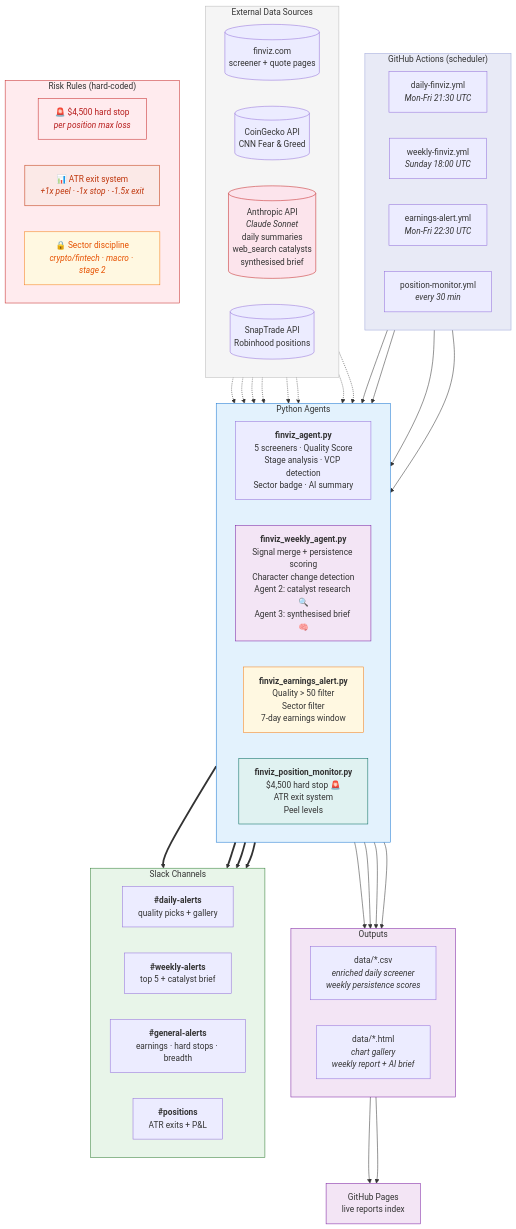
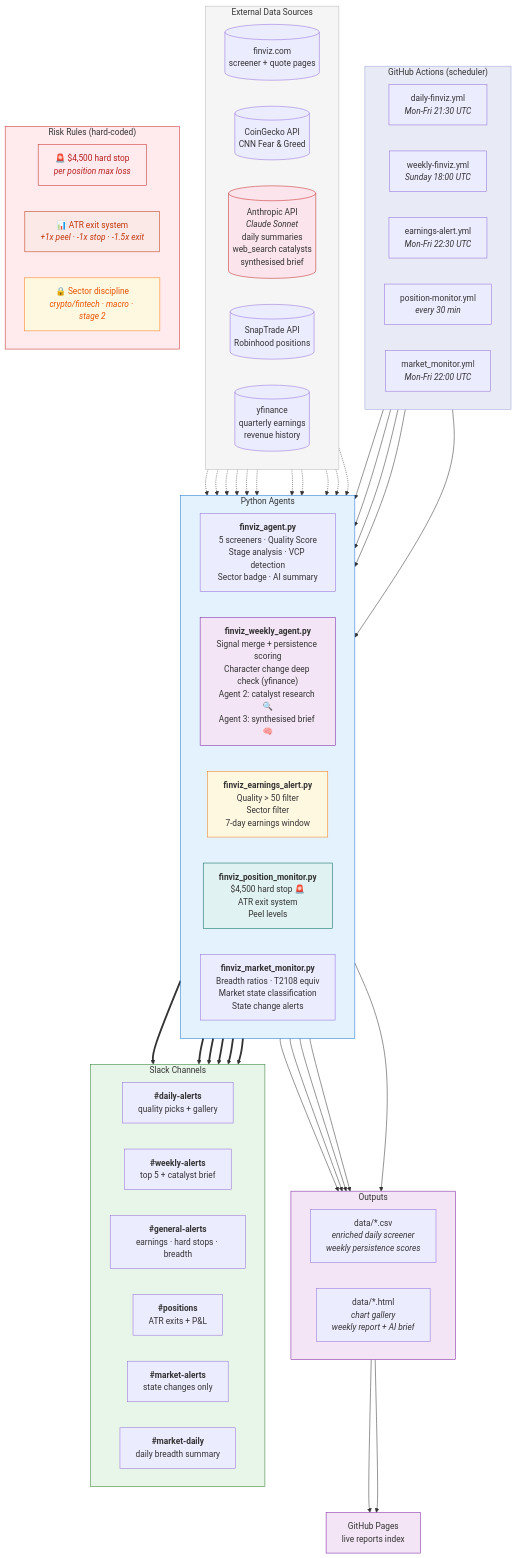
The diagram in SYSTEM_DOCS.md (AnanthSrinivasan/finviz-screener-agent), drawn with Mermaid before and after one commit. The commit also changed other lines of this file and 4 other files, not shown here.

First line of the commit message:
feat: character change deep check (yfinance) + market monitor docs update

```diff
--- a/SYSTEM_DOCS.md
+++ b/SYSTEM_DOCS.md
@@ -34,20 +34,23 @@
         W2["weekly-finviz.yml<br/><i>Sunday 18:00 UTC</i>"]
         W3["earnings-alert.yml<br/><i>Mon-Fri 22:30 UTC</i>"]
         W4["position-monitor.yml<br/><i>every 30 min</i>"]
+        W5["market_monitor.yml<br/><i>Mon-Fri 22:00 UTC</i>"]
     end
 
     subgraph AGENTS["Python Agents"]
         direction LR
         A1["<b>finviz_agent.py</b><br/>5 screeners · Quality Score<br/>Stage analysis · VCP detection<br/>Sector badge · AI summary"]
-        A2["<b>finviz_weekly_agent.py</b><br/>Signal merge + persistence scoring<br/>Character change detection<br/>Agent 2: catalyst research 🔍<br/>Agent 3: synthesised brief 🧠"]
+        A2["<b>finviz_weekly_agent.py</b><br/>Signal merge + persistence scoring<br/>Character change deep check (yfinance)<br/>Agent 2: catalyst research 🔍<br/>Agent 3: synthesised brief 🧠"]
         A3["<b>finviz_earnings_alert.py</b><br/>Quality &gt; 50 filter<br/>Sector filter<br/>7-day earnings window"]
         A4["<b>finviz_position_monitor.py</b><br/>$4,500 hard stop 🚨<br/>ATR exit system<br/>Peel levels"]
+        A5["<b>finviz_market_monitor.py</b><br/>Breadth ratios · T2108 equiv<br/>Market state classification<br/>State change alerts"]
     end
 
     W1 --> A1
     W2 --> A2
     W3 --> A3
     W4 --> A4
+    W5 --> A5
 
     subgraph EXT["External Data Sources"]
         direction LR
@@ -55,16 +58,20 @@
         E2[("CoinGecko API<br/>CNN Fear &amp; Greed")]
         E3[("Anthropic API<br/><i>Claude Sonnet</i><br/>daily summaries<br/>web_search catalysts<br/>synthesised brief")]
         E4[("SnapTrade API<br/>Robinhood positions")]
+        E5[("yfinance<br/>quarterly earnings<br/>revenue history")]
     end
 
     E1 -.-> A1
     E1 -.-> A2
     E1 -.-> A3
+    E1 -.-> A5
     E2 -.-> A2
+    E2 -.-> A5
     E3 -.-> A1
     E3 -.-> A2
     E3 -.-> A4
     E4 -.-> A4
+    E5 -.-> A2
 
     subgraph OUT["Outputs"]
         direction LR
@@ -76,6 +83,7 @@
     A1 --> O2
     A2 --> O1
     A2 --> O2
+    A5 --> O1
 
     O1 --> GP["GitHub Pages<br/>live reports index"]
     O2 --> GP
@@ -86,12 +94,16 @@
         S2["<b>#weekly-alerts</b><br/>top 5 + catalyst brief"]
         S3["<b>#general-alerts</b><br/>earnings · hard stops · breadth"]
         S4["<b>#positions</b><br/>ATR exits + P&amp;L"]
+        S5["<b>#market-alerts</b><br/>state changes only"]
+        S6["<b>#market-daily</b><br/>daily breadth summary"]
     end
 
     A1 ==> S1
     A2 ==> S2
     A3 ==> S3
     A4 ==> S4
+    A5 ==> S5
+    A5 ==> S6
 
     subgraph RISK["Risk Rules (hard-coded)"]
         direction LR
```
